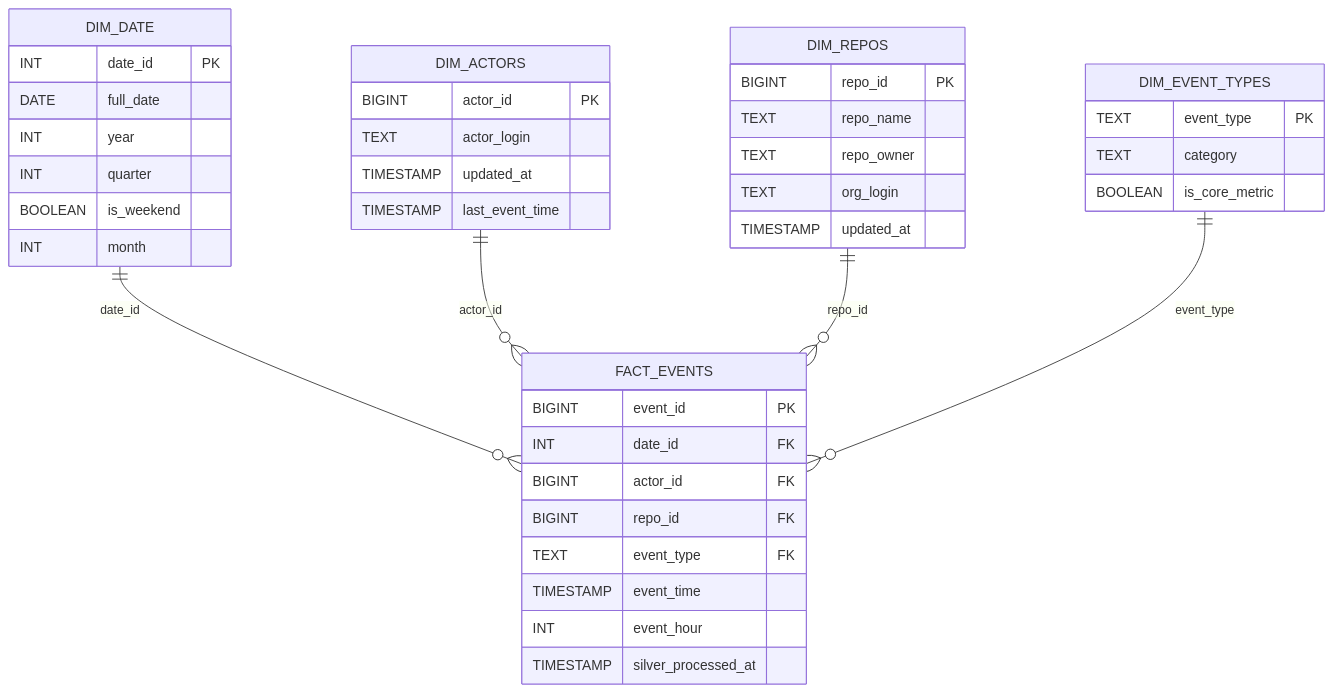
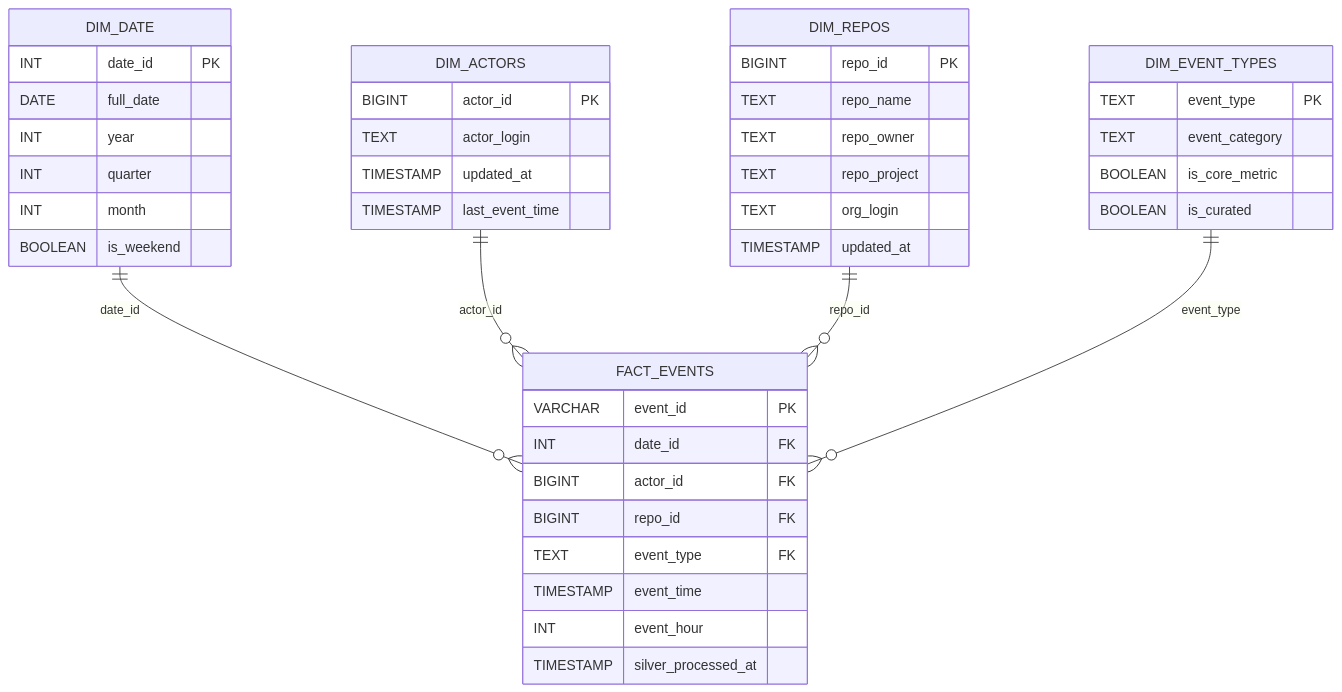
One commit to Rageshrpillai/event-to-analytics-data-platform changed the second of 2 diagrams in README.md. Above: the diagram before and after it, drawn with Mermaid. The commit also changed other lines of this file, not shown here.

First line of the commit message:
Enhance README with clearer project descriptions

````diff
--- a/README.md
+++ b/README.md
@@ -143,48 +149,50 @@
 ```mermaid
 erDiagram
     DIM_DATE {
         INT date_id PK
         DATE full_date
         INT year
         INT quarter
+        INT month
         BOOLEAN is_weekend
-        INT month
     }
 
     DIM_ACTORS {
         BIGINT actor_id PK
         TEXT actor_login
         TIMESTAMP updated_at
         TIMESTAMP last_event_time
     }
 
     DIM_REPOS {
         BIGINT repo_id PK
         TEXT repo_name
         TEXT repo_owner
+        TEXT repo_project
         TEXT org_login
         TIMESTAMP updated_at
     }
 
     DIM_EVENT_TYPES {
         TEXT event_type PK
-        TEXT category
+        TEXT event_category
         BOOLEAN is_core_metric
+        BOOLEAN is_curated
     }
 
     FACT_EVENTS {
-        BIGINT event_id PK
+        VARCHAR event_id PK
         INT date_id FK
         BIGINT actor_id FK
         BIGINT repo_id FK
         TEXT event_type FK
         TIMESTAMP event_time
         INT event_hour
         TIMESTAMP silver_processed_at
     }
 
     DIM_DATE ||--o{ FACT_EVENTS : date_id
     DIM_ACTORS ||--o{ FACT_EVENTS : actor_id
     DIM_REPOS ||--o{ FACT_EVENTS : repo_id
     DIM_EVENT_TYPES ||--o{ FACT_EVENTS : event_type
 ```
````
